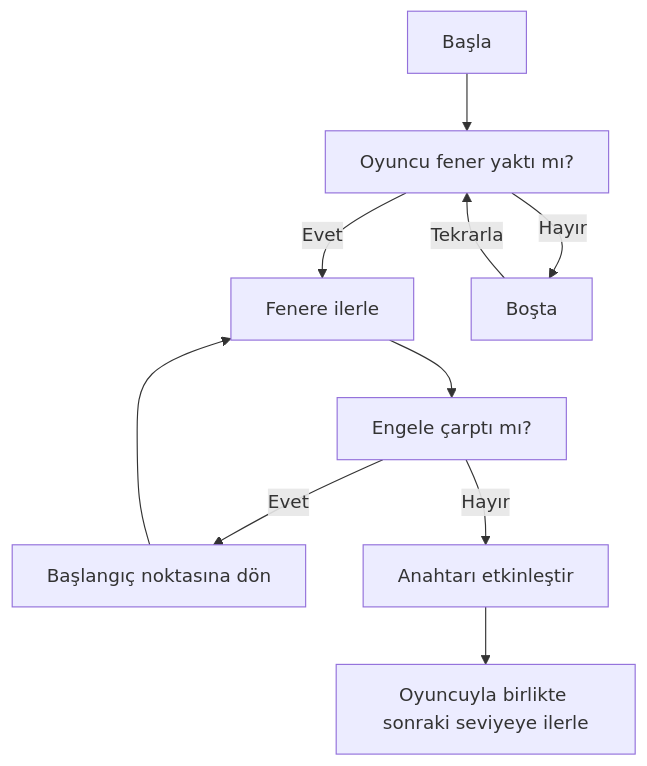
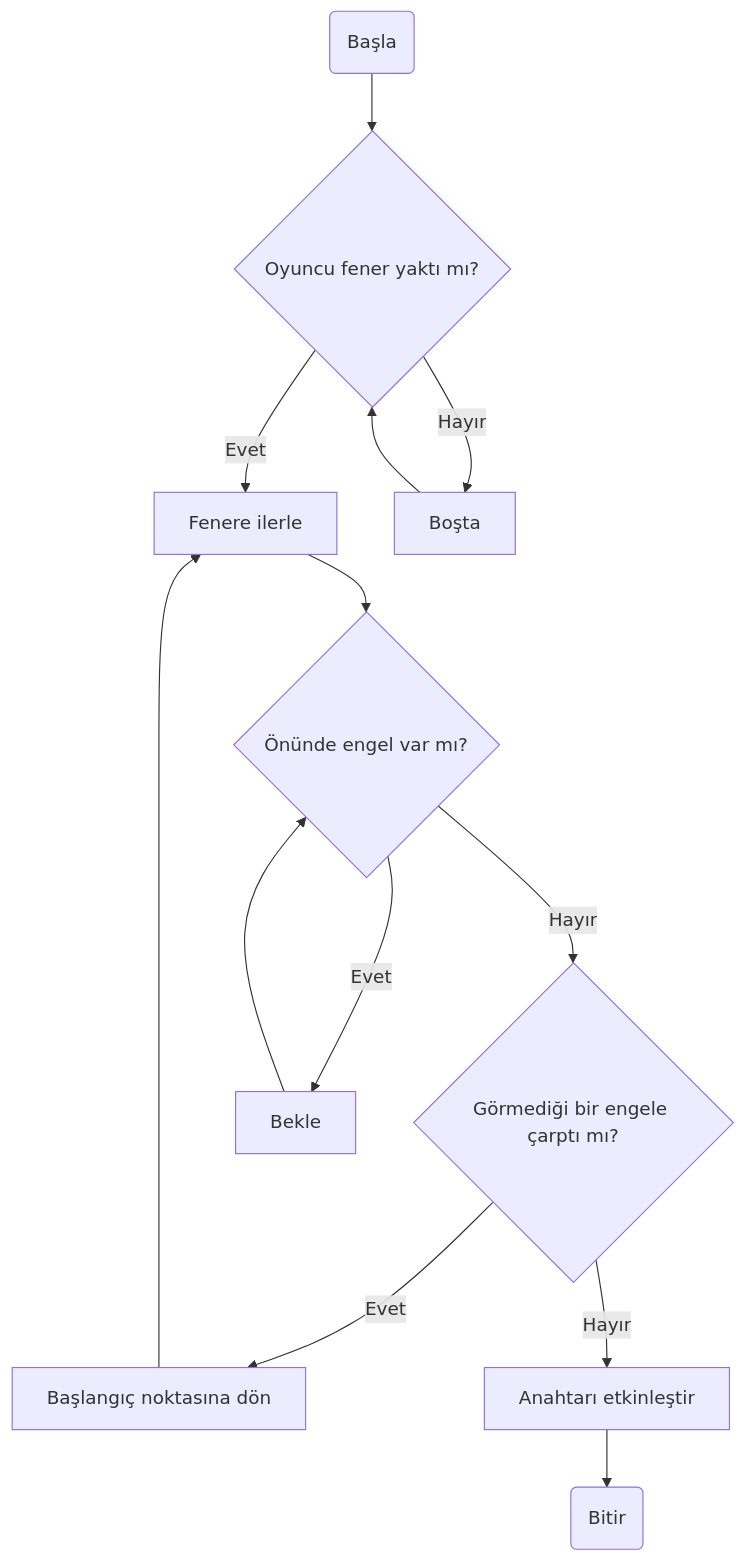
The first of 2 diagrams in README.md (yektako/YazLab-I-Proje-I), drawn with Mermaid before and after one commit. The commit also changed other lines of this file and 7 other files, not shown here.

````diff
--- a/README.md
+++ b/README.md
@@ -4,8 +16,9 @@
 ```mermaid
 flowchart TD;
-    A[Başla] --> B[Oyuncu fener yaktı mı?]
+    A(Başla) --> B{Oyuncu fener yaktı mı?}
     B -->|Evet| D[Fenere ilerle]
-    B -->|Hayır| C[Boşta] -->|Tekrarla| B
-    D --> E[Engele çarptı mı?] -->|Evet| F[Başlangıç noktasına dön] --> D
-    E -->|Hayır| G[Anahtarı etkinleştir] --> H[Oyuncuyla birlikte sonraki seviyeye ilerle]
+    B -->|Hayır| C[Boşta] --> B
+    D --> M{Önünde engel var mı?} -->|Hayır| E{Görmediği bir engele çarptı mı?} -->|Evet| F[Başlangıç noktasına dön] --> D
+    M -->|Evet| L[Bekle] --> M
+    E -->|Hayır| G[Anahtarı etkinleştir] --> Z(Bitir)
 ```
````
